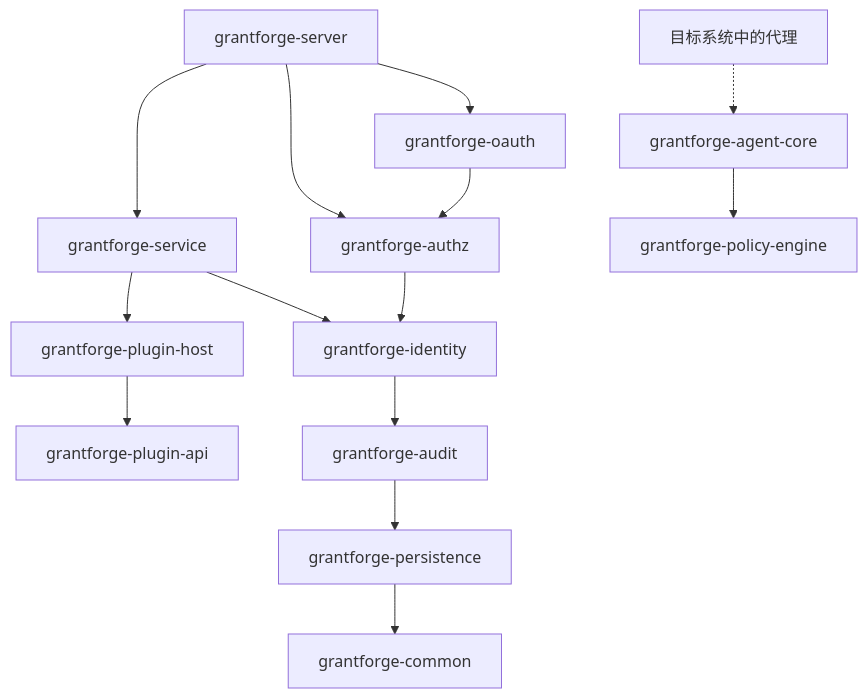
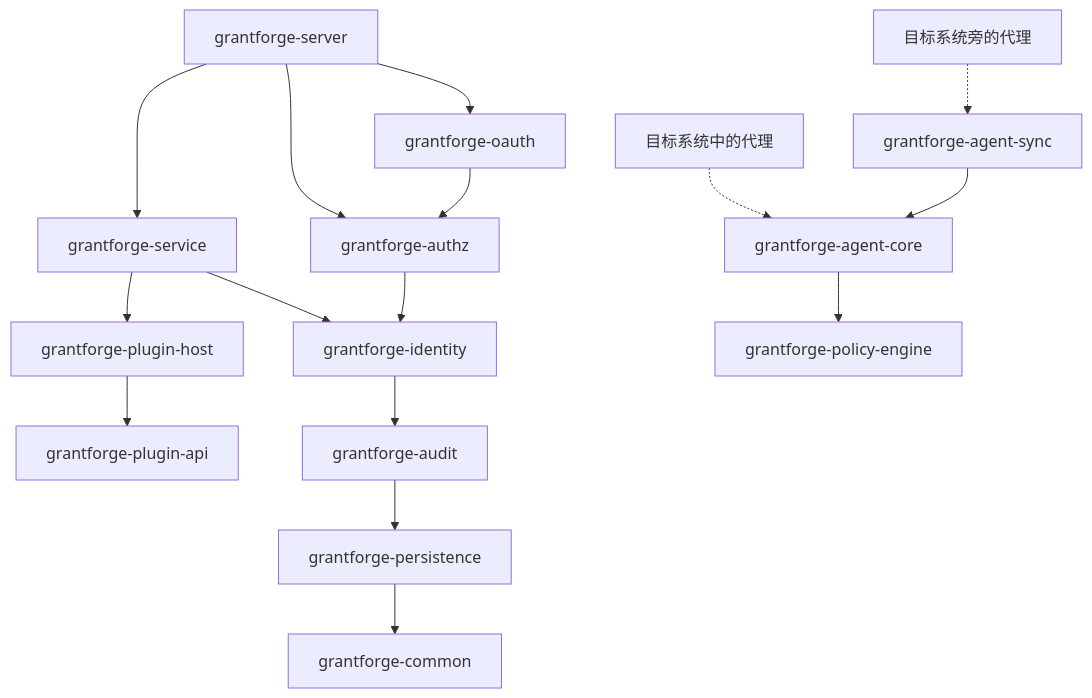
Before and after one commit to devlive-community/grantforge: the first of 2 diagrams in docs/content/zh/architecture/overview.md, drawn with Mermaid. The commit also changed other lines of this file and 21 other files, not shown here.

First line of the commit message:
docs(agent-sync): document the shared core of agents beside a system

````diff
--- a/docs/content/zh/architecture/overview.md
+++ b/docs/content/zh/architecture/overview.md
@@ -18,16 +18,18 @@
 ```mermaid
 flowchart TB
   server[grantforge-server] --> oauth[grantforge-oauth]
   server --> service[grantforge-service]
   server --> authz[grantforge-authz]
   oauth --> authz
   service --> host[grantforge-plugin-host]
   service --> identity
   host --> api[grantforge-plugin-api]
   authz --> identity[grantforge-identity]
   identity --> audit[grantforge-audit]
   audit --> persistence[grantforge-persistence]
   persistence --> common[grantforge-common]
   agent[目标系统中的代理] -.-> agentcore[grantforge-agent-core]
+  syncagent[目标系统旁的代理] -.-> agentsync[grantforge-agent-sync]
+  agentsync --> agentcore
   agentcore --> engine[grantforge-policy-engine]
 ```
````
